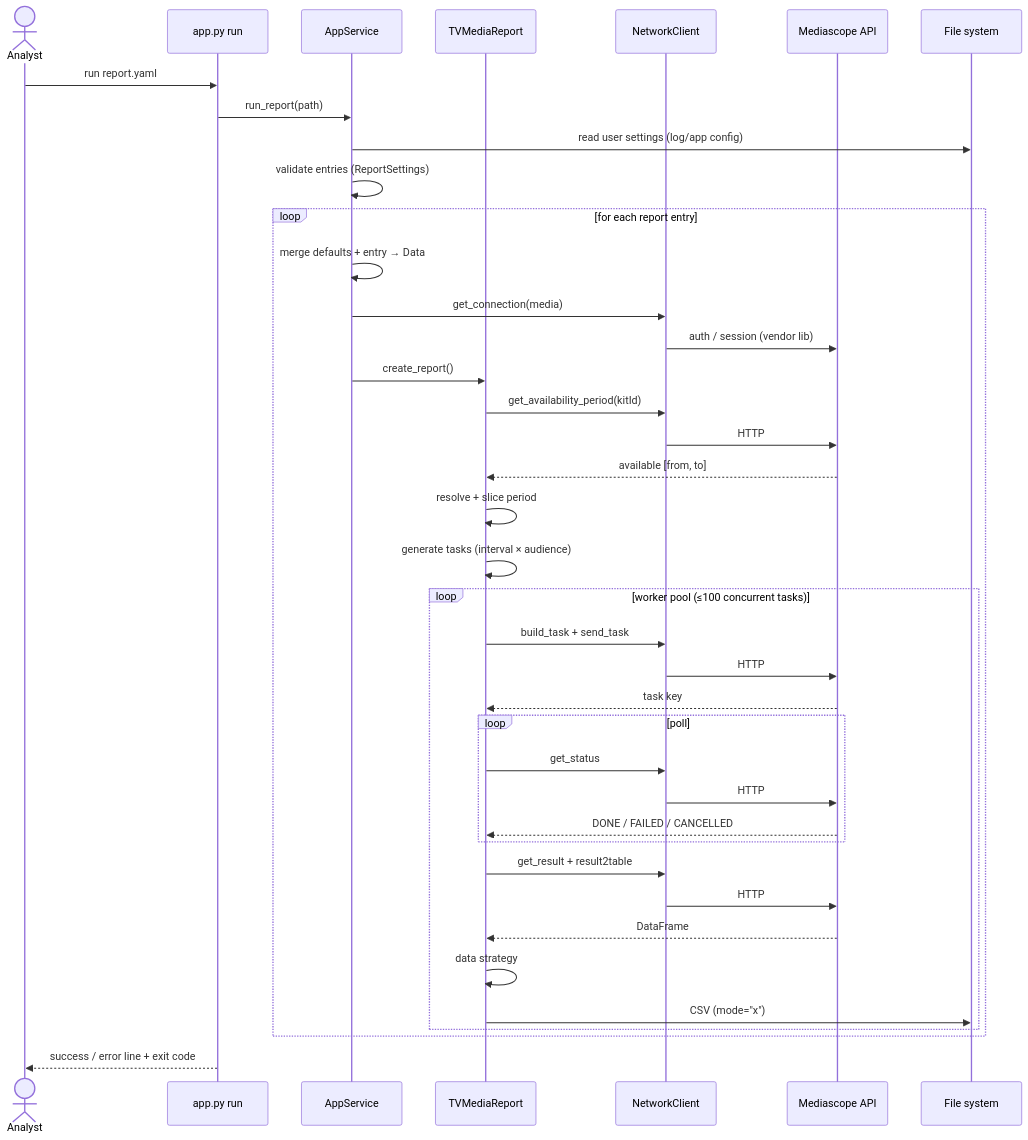
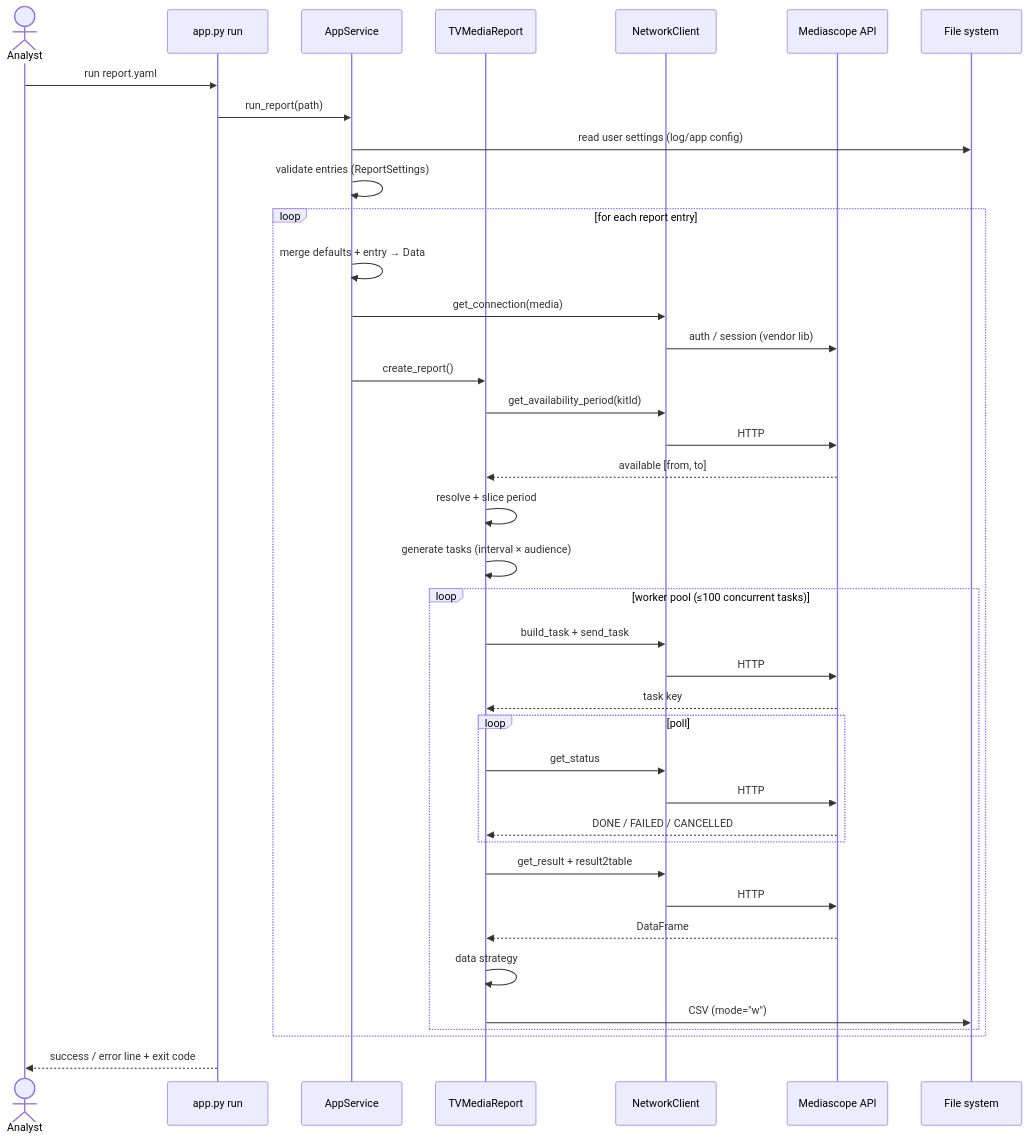
One commit to manicko/mko_get_mediascope_data changed the fourth of 4 diagrams in docs/00-overview/system-architecture.md. Above: the diagram before and after it, drawn with Mermaid. The commit also changed other lines of this file and 13 other files, not shown here.

````diff
--- a/docs/00-overview/system-architecture.md
+++ b/docs/00-overview/system-architecture.md
@@ -140,41 +140,41 @@
 ```mermaid
 sequenceDiagram
     actor U as Analyst
     participant CLI as app.py run
     participant SVC as AppService
     participant REP as TVMediaReport
     participant NET as NetworkClient
     participant API as Mediascope API
     participant FS as File system
     U->>CLI: run report.yaml
     CLI->>SVC: run_report(path)
     SVC->>FS: read user settings (log/app config)
     SVC->>SVC: validate entries (ReportSettings)
     loop for each report entry
         SVC->>SVC: merge defaults + entry → Data
         SVC->>NET: get_connection(media)
         NET->>API: auth / session (vendor lib)
         SVC->>REP: create_report()
         REP->>NET: get_availability_period(kitId)
         NET->>API: HTTP
         API-->>REP: available [from, to]
         REP->>REP: resolve + slice period
         REP->>REP: generate tasks (interval × audience)
         loop worker pool (≤100 concurrent tasks)
             REP->>NET: build_task + send_task
             NET->>API: HTTP
             API-->>REP: task key
             loop poll
                 REP->>NET: get_status
                 NET->>API: HTTP
                 API-->>REP: DONE / FAILED / CANCELLED
             end
             REP->>NET: get_result + result2table
             NET->>API: HTTP
             API-->>REP: DataFrame
             REP->>REP: data strategy
-            REP->>FS: CSV (mode="x")
+            REP->>FS: CSV (mode="w")
         end
     end
     CLI-->>U: success / error line + exit code
 ```
````
